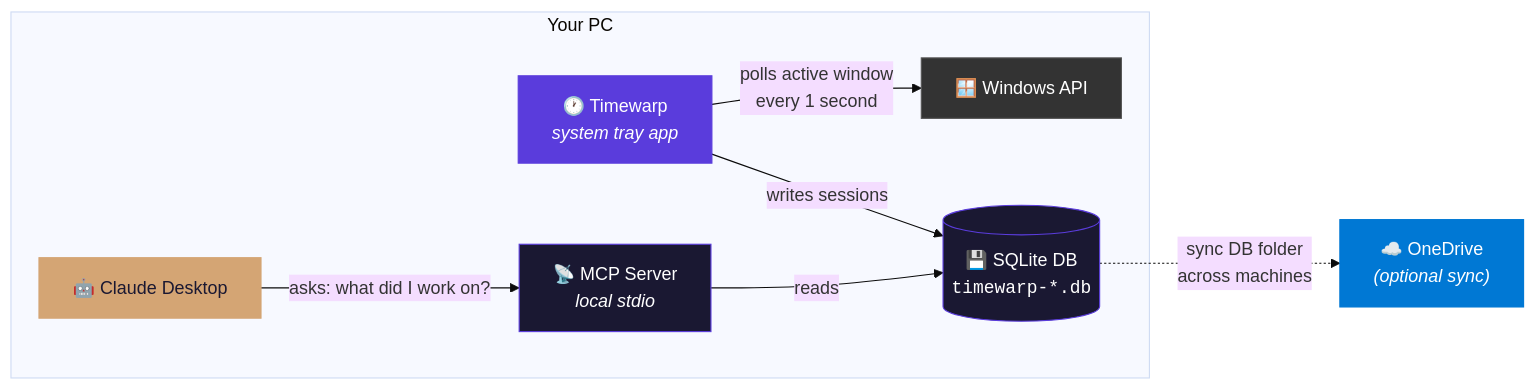
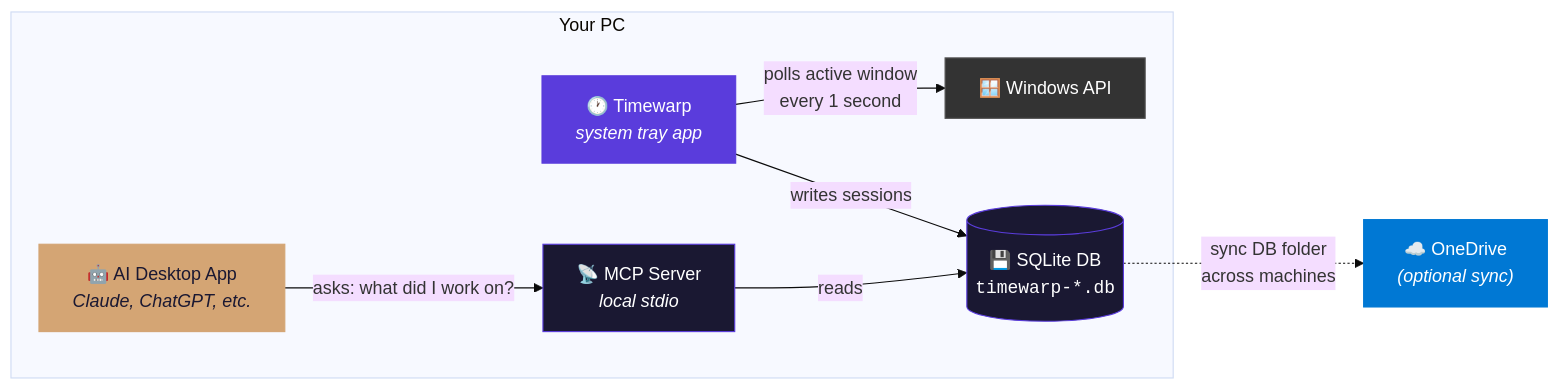
Before and after one commit to vinistoisr/focus-exporter: the diagram in README.md, drawn with Mermaid (base theme). The commit also changed other lines of this file and 3 other files, not shown here.

First line of the commit message:
Add 'Connect to Claude Desktop' auto-config and broaden LLM compatibility

````diff
--- a/README.md
+++ b/README.md
@@ -21,23 +23,23 @@
 ```mermaid
 graph LR
     subgraph Your PC
         TW["🕐 Timewarp<br/><i>system tray app</i>"]
         DB[("💾 SQLite DB<br/><code>timewarp-*.db</code>")]
-        CD["🤖 Claude Desktop"]
+        AI["🤖 AI Desktop App<br/><i>Claude, ChatGPT, etc.</i>"]
 
         TW -- "polls active window<br/>every 1 second" --> WIN["🪟 Windows API"]
         TW -- "writes sessions" --> DB
-        CD -- "asks: what did I work on?" --> MCP["📡 MCP Server<br/><i>local stdio</i>"]
+        AI -- "asks: what did I work on?" --> MCP["📡 MCP Server<br/><i>local stdio</i>"]
         MCP -- "reads" --> DB
     end
 
     OD["☁️ OneDrive<br/><i>(optional sync)</i>"]
     DB -. "sync DB folder<br/>across machines" .-> OD
 
     style TW fill:#5a3cdc,color:#fff,stroke:#5a3cdc
     style DB fill:#1a1832,color:#fff,stroke:#5a3cdc
     style MCP fill:#1a1832,color:#fff,stroke:#5a3cdc
-    style CD fill:#d4a574,color:#1a1832,stroke:#d4a574
+    style AI fill:#d4a574,color:#1a1832,stroke:#d4a574
     style WIN fill:#333,color:#fff,stroke:#555
     style OD fill:#0078d4,color:#fff,stroke:#0078d4
 ```
````
